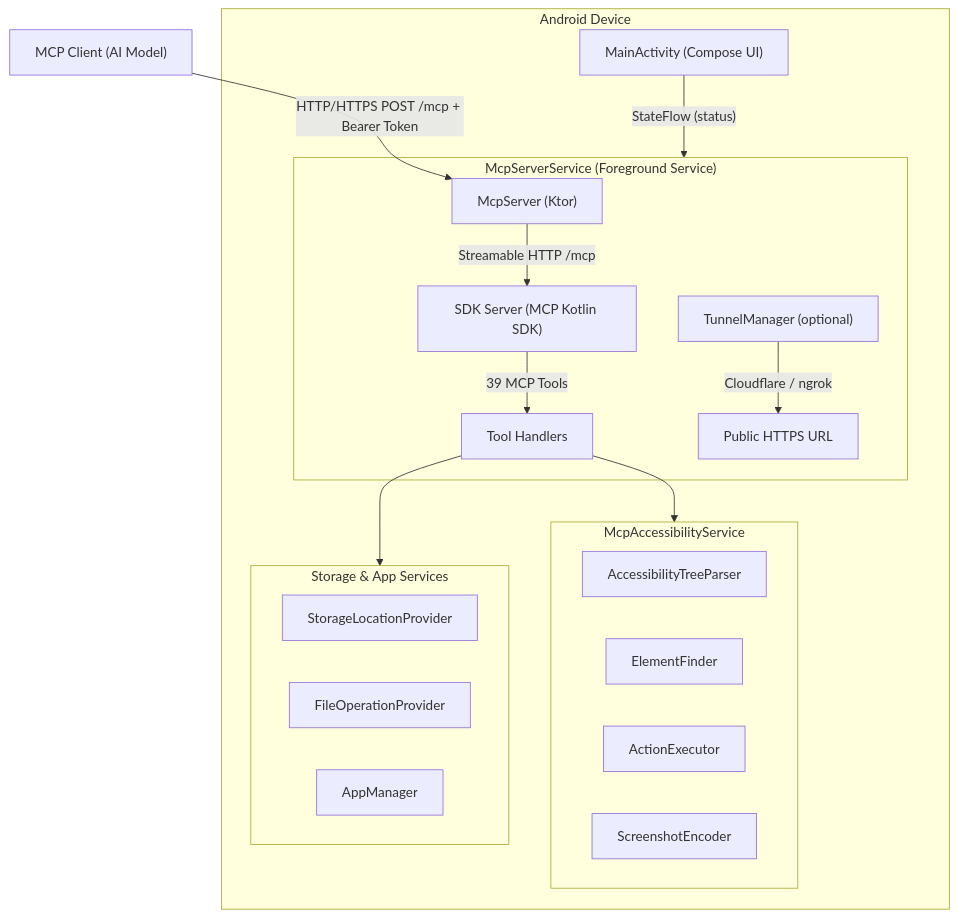
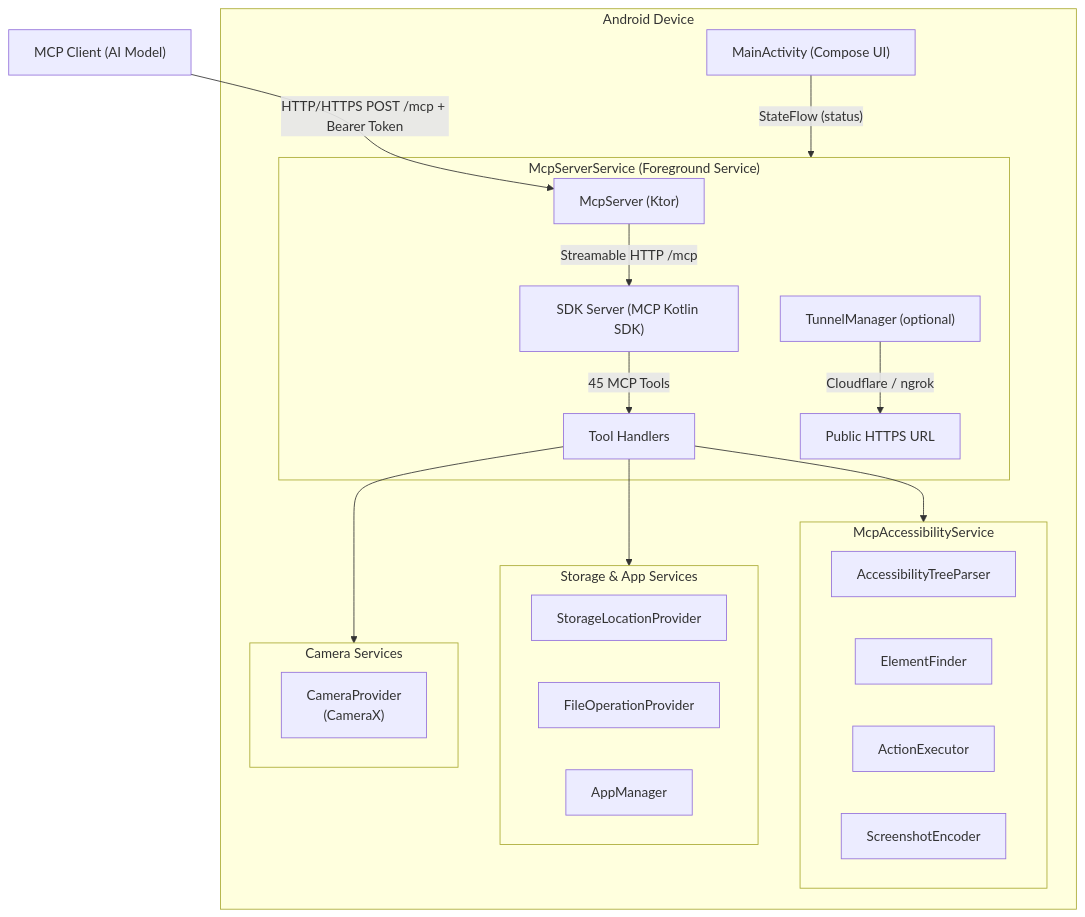
The diagram in README.md (danielealbano/android-remote-control-mcp), drawn with Mermaid before and after one commit. The commit also changed other lines of this file and 1 other file, not shown here.

First line of the commit message:
docs: update README and PROJECT.md for camera tools, ADB headless, and file listings

````diff
--- a/README.md
+++ b/README.md
@@ -232,34 +235,39 @@
 ```mermaid
 graph TB
     Client["MCP Client (AI Model)"]
     Client -->|"HTTP/HTTPS POST /mcp + Bearer Token"| McpServer
 
     subgraph Device["Android Device"]
         subgraph McpServerService["McpServerService (Foreground Service)"]
             McpServer["McpServer (Ktor)"]
             McpServer -->|"Streamable HTTP /mcp"| SDK["SDK Server (MCP Kotlin SDK)"]
-            SDK -->|"39 MCP Tools"| Tools["Tool Handlers"]
+            SDK -->|"45 MCP Tools"| Tools["Tool Handlers"]
             TunnelMgr["TunnelManager (optional)"]
             TunnelMgr -->|"Cloudflare / ngrok"| PublicURL["Public HTTPS URL"]
         end
 
         subgraph Accessibility["McpAccessibilityService"]
             TreeParser["AccessibilityTreeParser"]
             ElemFinder["ElementFinder"]
             ActionExec["ActionExecutor"]
             ScreenEnc["ScreenshotEncoder"]
         end
 
         subgraph Storage["Storage & App Services"]
             StorageProv["StorageLocationProvider"]
             FileOps["FileOperationProvider"]
             AppMgr["AppManager"]
         end
 
+        subgraph CameraSvc["Camera Services"]
+            CamProv["CameraProvider\n(CameraX)"]
+        end
+
         MainActivity["MainActivity (Compose UI)"]
 
         Tools --> Accessibility
         Tools --> Storage
+        Tools --> CameraSvc
         MainActivity -->|"StateFlow (status)"| McpServerService
     end
 ```
````
